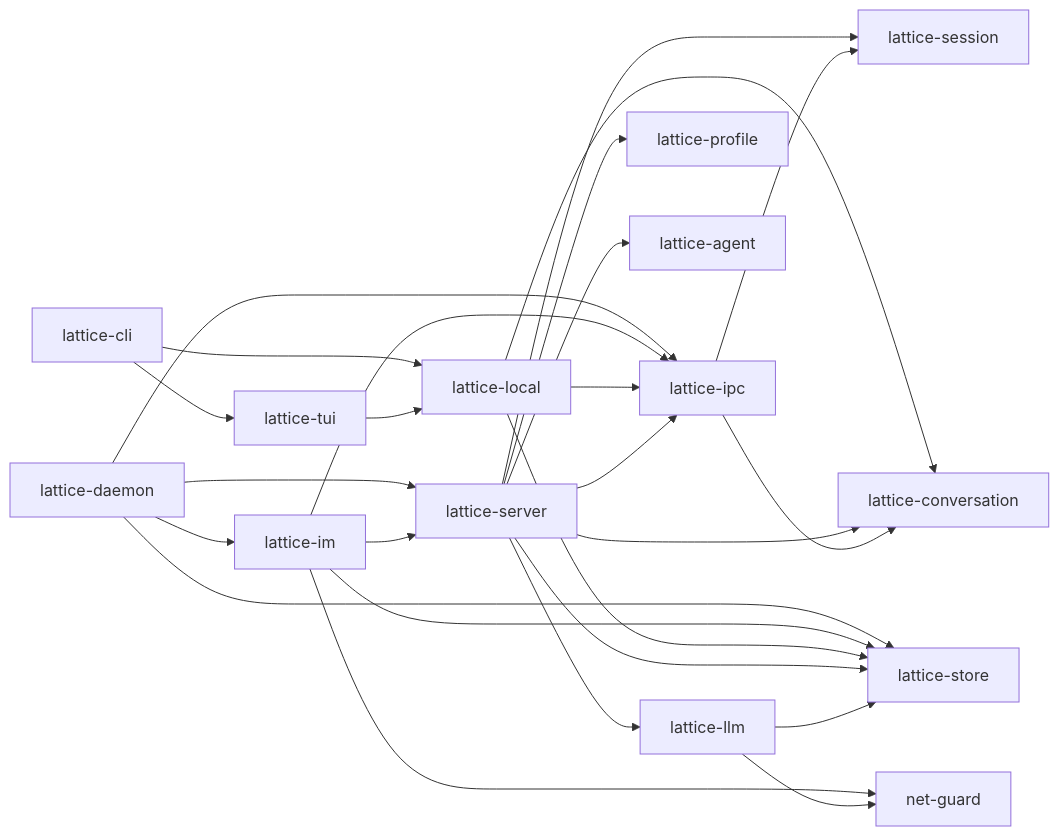
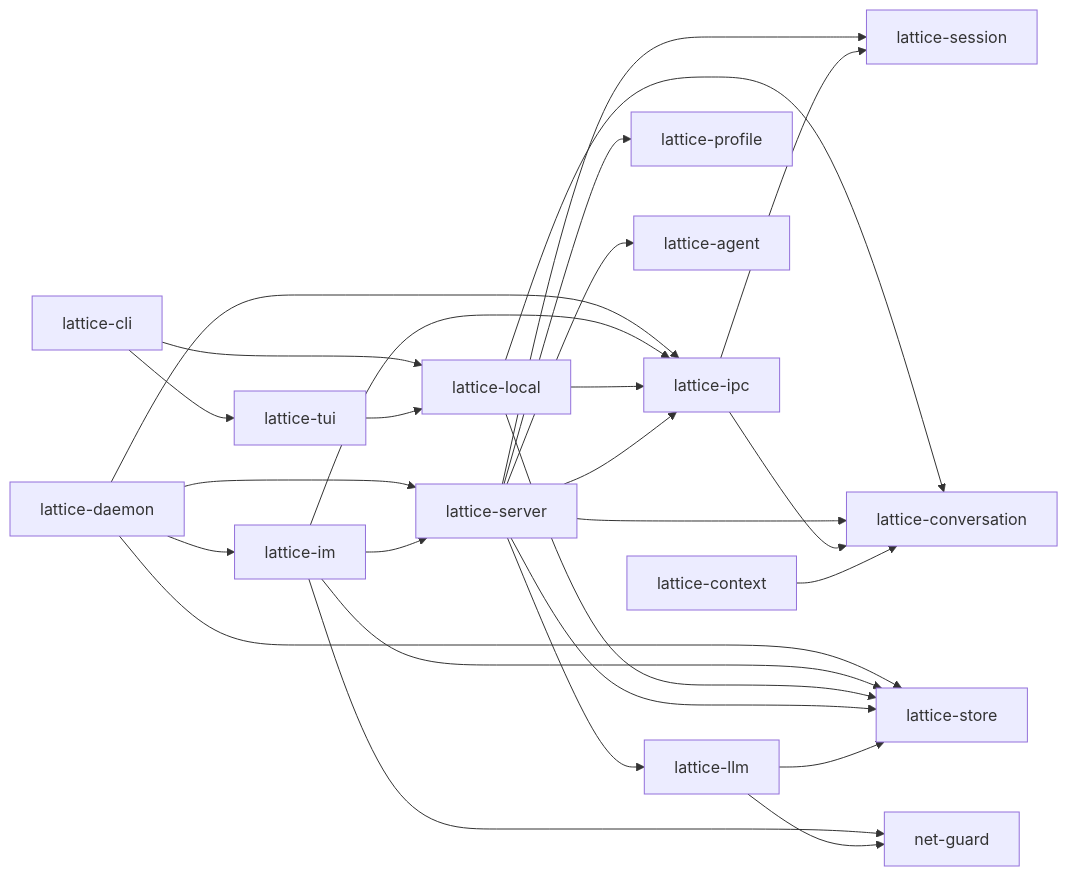
Before and after one commit to Skyline10124/lattice: the diagram in docs/architecture/crates.md, drawn with Mermaid. The commit also changed other lines of this file and 25 other files, not shown here.

First line of the commit message:
feat(context)!: 上移 NodeId、新增纯领域层 lattice-context 并统一工具失败消息 64 KiB 投影上限 (#432)

````diff
--- a/docs/architecture/crates.md
+++ b/docs/architecture/crates.md
@@ -15,28 +15,29 @@
 ```mermaid
 flowchart LR
     CLI["lattice-cli"] --> TUI["lattice-tui"]
     CLI --> LOCAL["lattice-local"]
     DAEMON["lattice-daemon"] --> SERVER["lattice-server"]
     DAEMON --> IM["lattice-im"]
     DAEMON --> IPC["lattice-ipc"]
     DAEMON --> STORE["lattice-store"]
     IM --> SERVER
     IM --> IPC
     IM --> STORE
     IM --> NET["net-guard"]
     TUI --> LOCAL
     LOCAL --> IPC
     LOCAL --> STORE
     LOCAL --> CONV["lattice-conversation"]
     SERVER --> IPC
     SERVER --> STORE
     SERVER --> LLM["lattice-llm"]
     SERVER --> PROFILE["lattice-profile"]
     SERVER --> AGENT["lattice-agent"]
     SERVER --> SESSION["lattice-session"]
     SERVER --> CONV
     LLM --> STORE
     LLM --> NET
     IPC --> SESSION
     IPC --> CONV
+    CTX["lattice-context"] --> CONV
 ```
````
